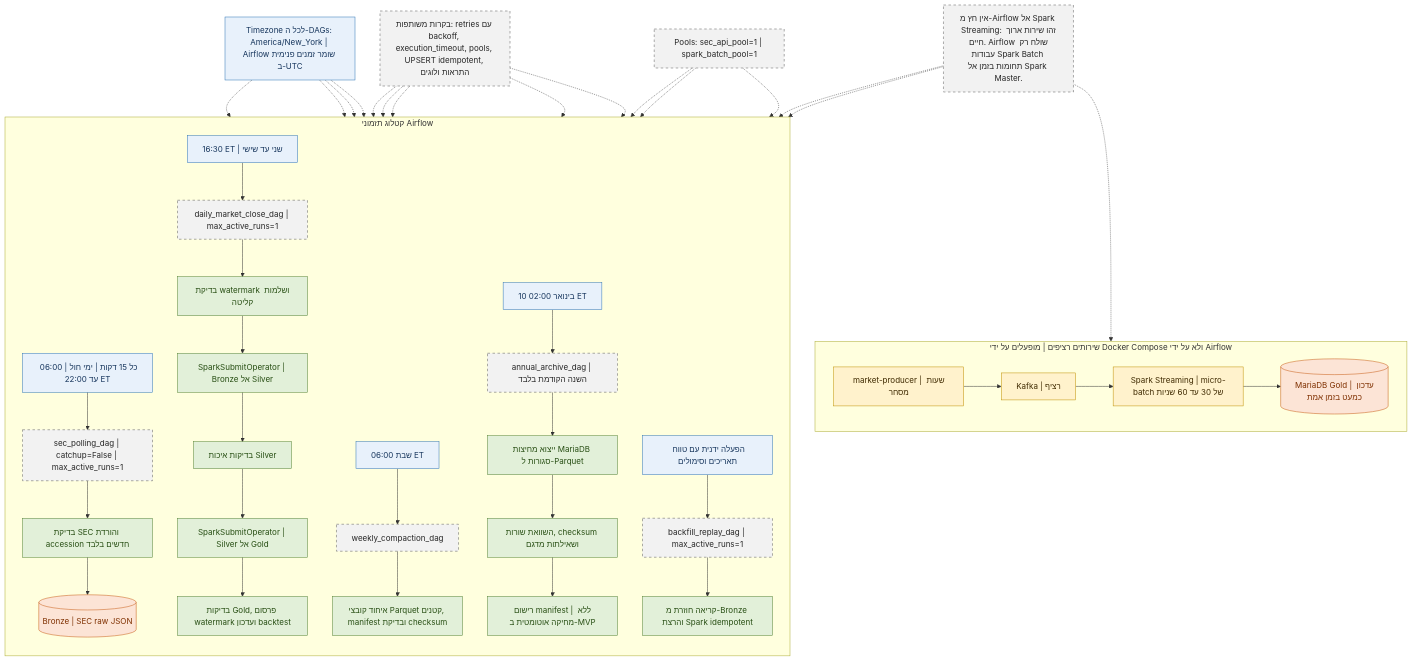
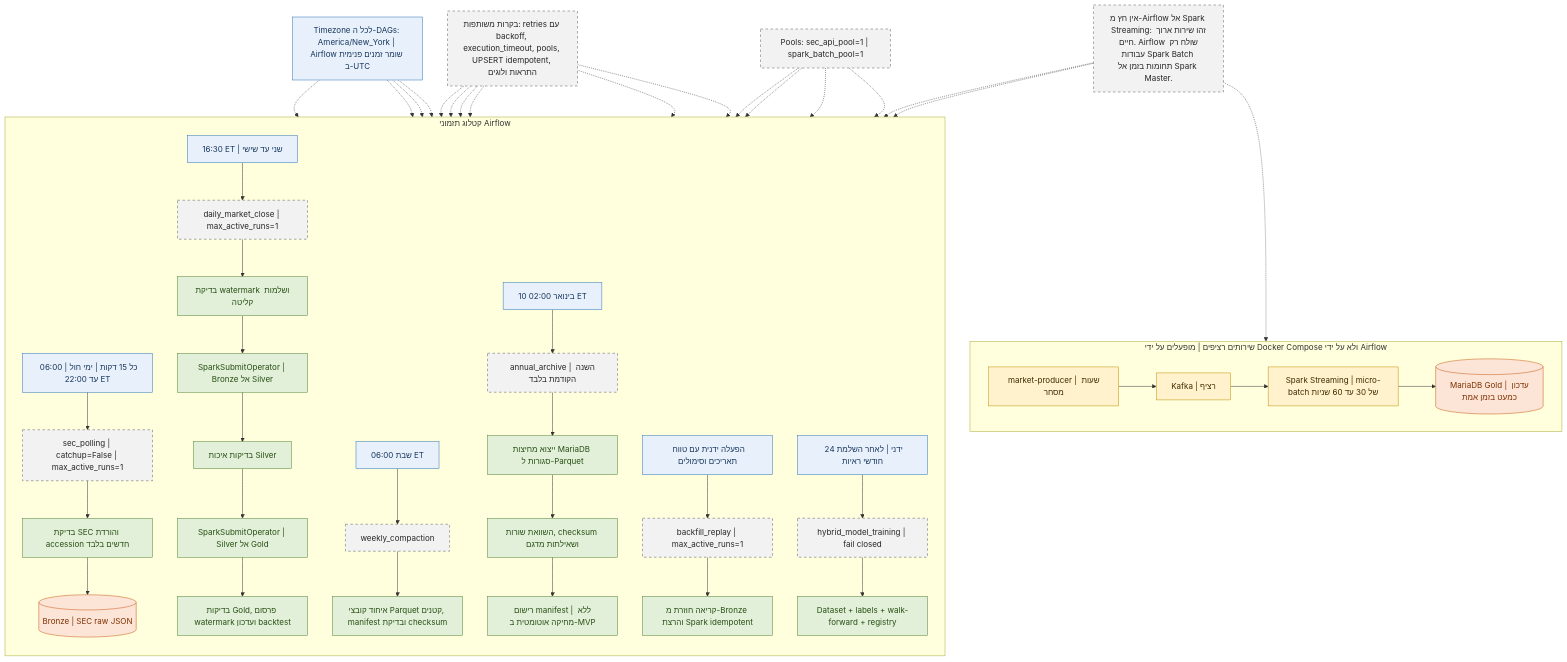
One commit to amihaygr/MarketPilot changed the diagram in docs/architecture/diagrams/marketpilot-airflow-scheduling.mmd. Above: the diagram before and after it, drawn with Mermaid. The commit also changed 38 other files, not shown here.

```diff
--- a/docs/architecture/diagrams/marketpilot-airflow-scheduling.mmd
+++ b/docs/architecture/diagrams/marketpilot-airflow-scheduling.mmd
@@ -1,79 +1,86 @@
 flowchart TB
     classDef clock fill:#E8F1FB,stroke:#2E74B5,color:#17365D
     classDef dag fill:#F2F2F2,stroke:#595959,color:#262626,stroke-dasharray:5 5
     classDef task fill:#E2F0D9,stroke:#548235,color:#274E13
     classDef store fill:#FCE4D6,stroke:#C65911,color:#7F3000
     classDef continuous fill:#FFF2CC,stroke:#BF9000,color:#3F2A00
 
     timezone["Timezone לכל ה-DAGs: America/New_York | Airflow שומר זמנים פנימית ב-UTC"]
 
     subgraph ALWAYS["שירותים רציפים | מופעלים על ידי Docker Compose ולא על ידי Airflow"]
         direction LR
         producer["market-producer | שעות מסחר"]
         kafka["Kafka | רציף"]
         streaming["Spark Streaming | micro-batch של 30 עד 60 שניות"]
         livegold[("MariaDB Gold | עדכון כמעט בזמן אמת")]
         producer --> kafka --> streaming --> livegold
     end
 
     subgraph AIRFLOW["קטלוג תזמוני Airflow"]
         direction TB
 
         secclock["כל 15 דקות | ימי חול | 06:00 עד 22:00 ET"]
-        secdag["sec_polling_dag | catchup=False | max_active_runs=1"]
+        secdag["sec_polling | catchup=False | max_active_runs=1"]
         sectask["בדיקת SEC והורדת accession חדשים בלבד"]
         bronze[("Bronze | SEC raw JSON")]
         secclock --> secdag --> sectask --> bronze
 
         closeclock["16:30 ET | שני עד שישי"]
-        dailydag["daily_market_close_dag | max_active_runs=1"]
+        dailydag["daily_market_close | max_active_runs=1"]
         watermark["בדיקת watermark ושלמות קליטה"]
         b2s["SparkSubmitOperator | Bronze אל Silver"]
         dqs["בדיקות איכות Silver"]
         s2g["SparkSubmitOperator | Silver אל Gold"]
         publish["בדיקות Gold, פרסום watermark ועדכון backtest"]
         closeclock --> dailydag --> watermark --> b2s --> dqs --> s2g --> publish
 
         weekclock["שבת 06:00 ET"]
-        weeklydag["weekly_compaction_dag"]
+        weeklydag["weekly_compaction"]
         compact["איחוד קובצי Parquet קטנים, manifest ובדיקת checksum"]
         weekclock --> weeklydag --> compact
 
         yearclock["10 בינואר 02:00 ET"]
-        annualdag["annual_archive_dag | השנה הקודמת בלבד"]
+        annualdag["annual_archive | השנה הקודמת בלבד"]
         export["ייצוא מחיצות MariaDB סגורות ל-Parquet"]
         verify["השוואת שורות, checksum ושאילתות מדגם"]
         register["רישום manifest | ללא מחיקה אוטומטית ב-MVP"]
         yearclock --> annualdag --> export --> verify --> register
 
         manual["הפעלה ידנית עם טווח תאריכים וסימולים"]
-        backfilldag["backfill_replay_dag | max_active_runs=1"]
+        backfilldag["backfill_replay | max_active_runs=1"]
         replay["קריאה חוזרת מ-Bronze והרצת Spark idempotent"]
         manual --> backfilldag --> replay
+
+        trainingclock["ידני | לאחר השלמת 24 חודשי ראיות"]
+        trainingdag["hybrid_model_training | fail closed"]
+        training["Dataset + labels + walk-forward + registry"]
+        trainingclock --> trainingdag --> training
     end
 
     controls["בקרות משותפות: retries עם backoff, execution_timeout, pools, UPSERT idempotent, התראות ולוגים"]
     pools["Pools: sec_api_pool=1 | spark_batch_pool=1"]
     timezone -.-> secdag
     timezone -.-> dailydag
     timezone -.-> weeklydag
     timezone -.-> annualdag
     controls -.-> secdag
     controls -.-> dailydag
     controls -.-> weeklydag
     controls -.-> annualdag
     controls -.-> backfilldag
+    controls -.-> trainingdag
     pools -.-> secdag
     pools -.-> dailydag
     pools -.-> backfilldag
+    pools -.-> trainingdag
 
     note["אין חץ מ-Airflow אל Spark Streaming: זהו שירות ארוך חיים. Airflow שולח רק עבודות Spark Batch תחומות בזמן אל Spark Master."]
     note -.-> streaming
     note -.-> b2s
     note -.-> s2g
 
-    class timezone,secclock,closeclock,weekclock,yearclock,manual clock
-    class secdag,dailydag,weeklydag,annualdag,backfilldag,controls,pools,note dag
-    class sectask,watermark,b2s,dqs,s2g,publish,compact,export,verify,register,replay task
+    class timezone,secclock,closeclock,weekclock,yearclock,manual,trainingclock clock
+    class secdag,dailydag,weeklydag,annualdag,backfilldag,trainingdag,controls,pools,note dag
+    class sectask,watermark,b2s,dqs,s2g,publish,compact,export,verify,register,replay,training task
     class bronze,livegold store
     class producer,kafka,streaming continuous
```
